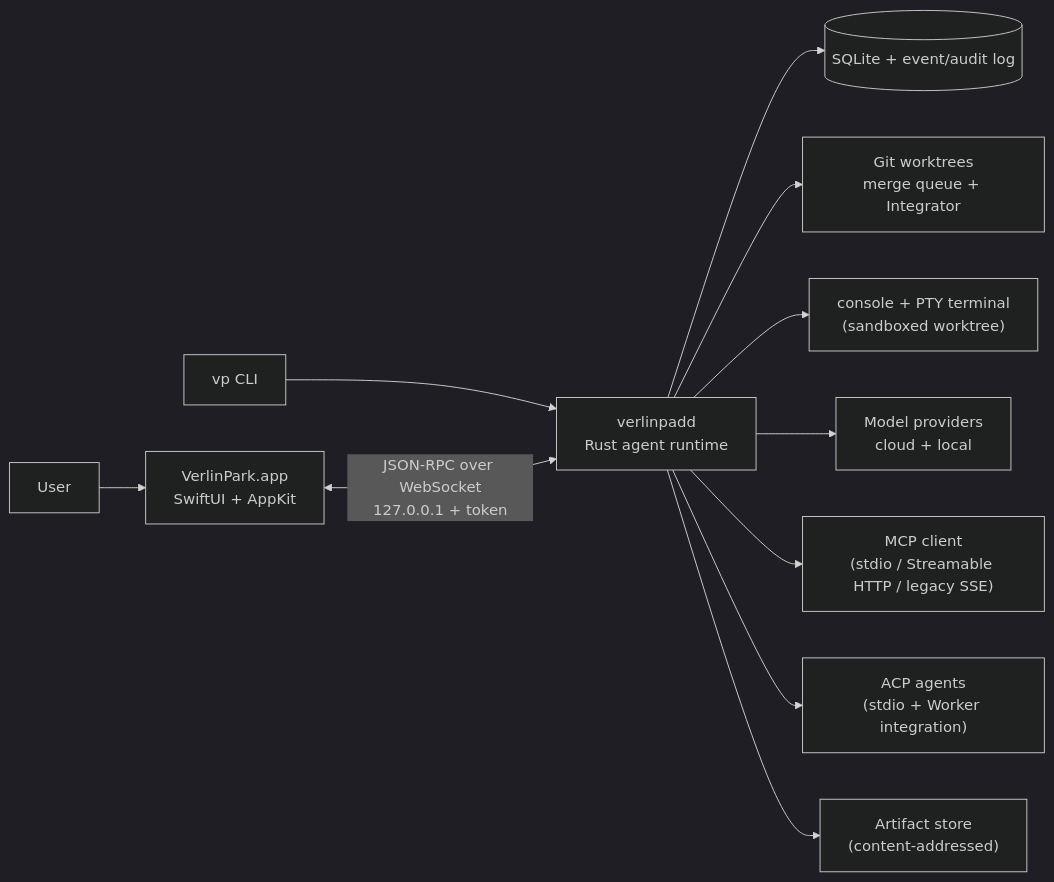
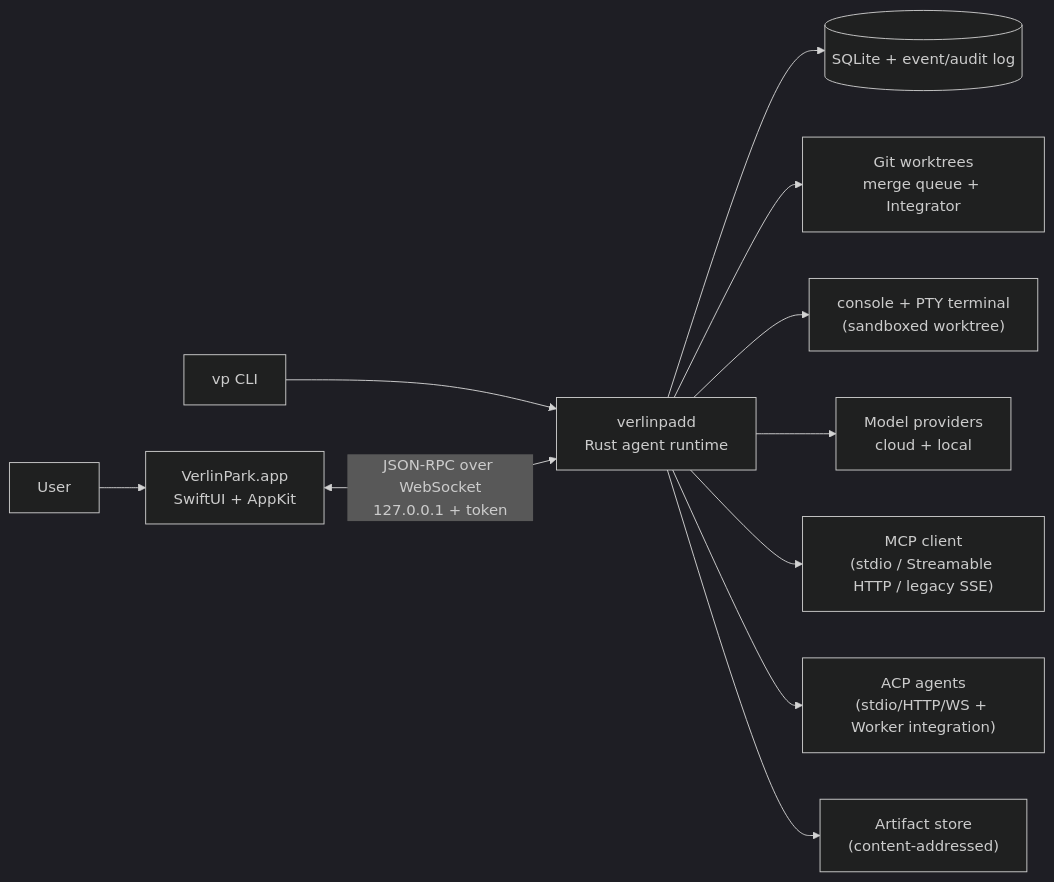
The diagram in README.md (Verlintas/VerlinPark), drawn with Mermaid (dark theme) before and after one commit. The commit also changed other lines of this file and 7 other files, not shown here.

````diff
--- a/README.md
+++ b/README.md
@@ -105,13 +109,13 @@
 ```mermaid
 flowchart LR
   U[User] --> APP["VerlinPark.app<br/>SwiftUI + AppKit"]
   CLI["vp CLI"] --> CORE
   APP <-->|"JSON-RPC over WebSocket<br/>127.0.0.1 + token"| CORE["verlinpadd<br/>Rust agent runtime"]
   CORE --> DB[("SQLite + event/audit log")]
   CORE --> GIT["Git worktrees<br/>merge queue + Integrator"]
   CORE --> PTY["console + PTY terminal<br/>(sandboxed worktree)"]
   CORE --> LLM["Model providers<br/>cloud + local"]
   CORE --> MCP["MCP client<br/>(stdio / Streamable HTTP / legacy SSE)"]
-  CORE --> ACP["ACP agents<br/>(stdio + Worker integration)"]
+  CORE --> ACP["ACP agents<br/>(stdio/HTTP/WS + Worker integration)"]
   CORE --> ART["Artifact store<br/>(content-addressed)"]
 ```
````
